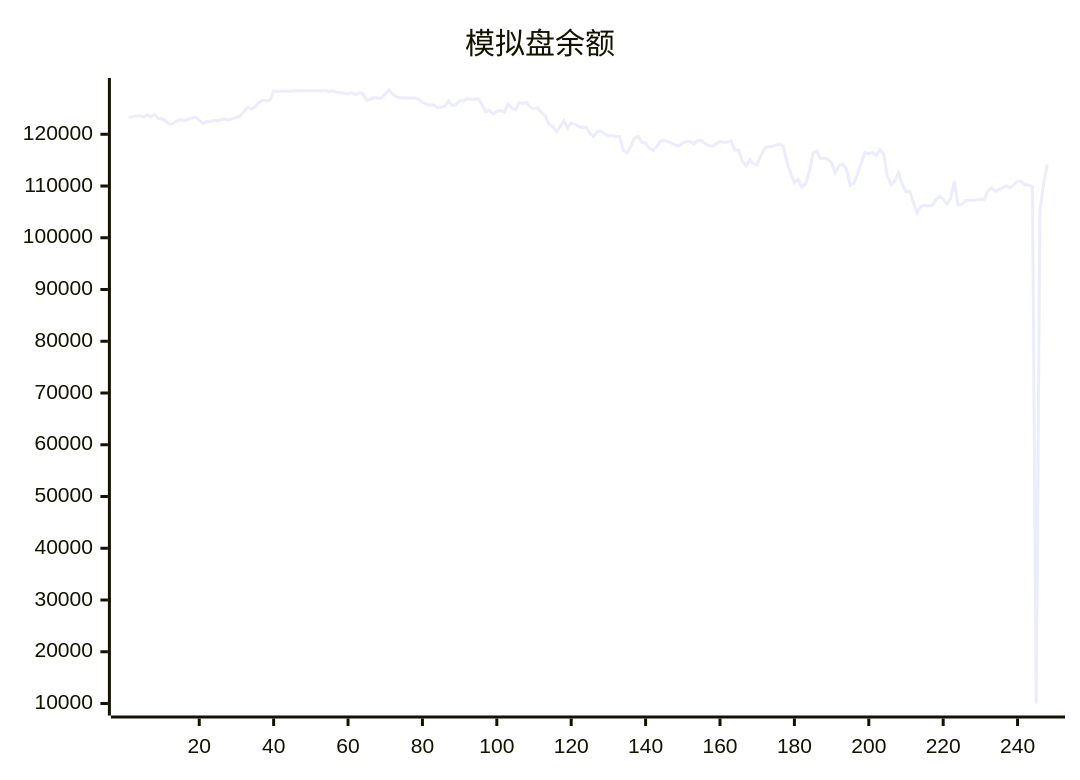
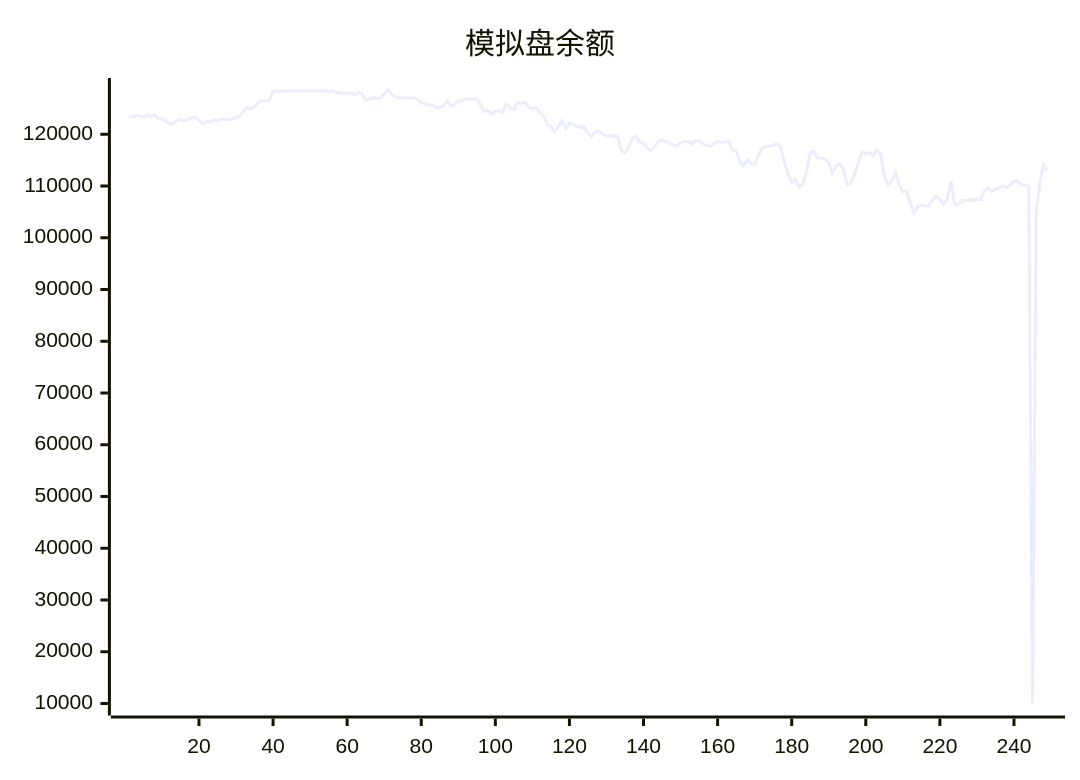
Before and after one commit to aahl/ai-trading: the diagram in README.md, drawn with Mermaid. The commit also changed other lines of this file and 1 other file, not shown here.

````diff
--- a/README.md
+++ b/README.md
@@ -5,5 +5,5 @@
 ```mermaid
 xychart
     title "模拟盘余额"
-    line [123338,123402,123530,123592,123378,123745,123413,123853,123009,123040,122557,121938,122095,122599,122856,122597,122898,123160,123319,122719,122087,122454,122416,122685,122592,122907,122961,122776,122981,123295,123507,124403,125224,124894,125303,126088,126544,126534,126549,128335,128318,128318,128318,128318,128318,128424,128424,128424,128424,128424,128424,128424,128424,128424,128247,128412,128062,128087,127917,127901,128026,127611,128000,127850,126572,126770,127100,126971,127029,127783,128554,127765,127224,127064,127044,127009,127025,127004,126738,126152,125871,125635,125707,125117,125217,125420,126480,125545,125715,126511,126424,126856,126764,126788,126890,125710,124381,124632,123936,124402,124574,124256,125833,125070,124739,126154,125966,126145,125213,124943,125143,124157,123604,121959,121476,120476,121470,122610,121201,122221,121889,121522,121332,121344,120232,119559,120513,120577,120108,119680,119777,119572,119568,116839,116392,117573,119250,119585,118469,118277,117338,116897,117706,118628,118849,118579,118280,117926,117735,118373,118639,118544,118136,118798,118819,118162,117874,117649,118215,118601,118463,118517,118713,116911,116899,114798,113887,115084,114313,114091,115934,117221,117658,117658,117883,118164,117693,114632,112403,110644,111313,109777,110444,112673,116419,116772,115355,115355,115198,114476,112510,113954,114276,113223,110151,110561,112361,114562,116522,116265,116500,115845,117000,116199,111887,110306,110942,112588,110318,108891,109011,106814,104811,106038,106327,106201,106180,107315,108068,107463,106528,107530,110941,106346,106482,107161,107268,107270,107302,107426,107340,108985,109681,108962,109404,109645,110030,109680,110214,110918,110897,110215,110212,109962,10000,105235,110525,114151]
+    line [123338,123402,123530,123592,123378,123745,123413,123853,123009,123040,122557,121938,122095,122599,122856,122597,122898,123160,123319,122719,122087,122454,122416,122685,122592,122907,122961,122776,122981,123295,123507,124403,125224,124894,125303,126088,126544,126534,126549,128335,128318,128318,128318,128318,128318,128424,128424,128424,128424,128424,128424,128424,128424,128424,128247,128412,128062,128087,127917,127901,128026,127611,128000,127850,126572,126770,127100,126971,127029,127783,128554,127765,127224,127064,127044,127009,127025,127004,126738,126152,125871,125635,125707,125117,125217,125420,126480,125545,125715,126511,126424,126856,126764,126788,126890,125710,124381,124632,123936,124402,124574,124256,125833,125070,124739,126154,125966,126145,125213,124943,125143,124157,123604,121959,121476,120476,121470,122610,121201,122221,121889,121522,121332,121344,120232,119559,120513,120577,120108,119680,119777,119572,119568,116839,116392,117573,119250,119585,118469,118277,117338,116897,117706,118628,118849,118579,118280,117926,117735,118373,118639,118544,118136,118798,118819,118162,117874,117649,118215,118601,118463,118517,118713,116911,116899,114798,113887,115084,114313,114091,115934,117221,117658,117658,117883,118164,117693,114632,112403,110644,111313,109777,110444,112673,116419,116772,115355,115355,115198,114476,112510,113954,114276,113223,110151,110561,112361,114562,116522,116265,116500,115845,117000,116199,111887,110306,110942,112588,110318,108891,109011,106814,104811,106038,106327,106201,106180,107315,108068,107463,106528,107530,110941,106346,106482,107161,107268,107270,107302,107426,107340,108985,109681,108962,109404,109645,110030,109680,110214,110918,110897,110215,110212,109962,10000,105235,110525,114151,112895]
 ```
````
